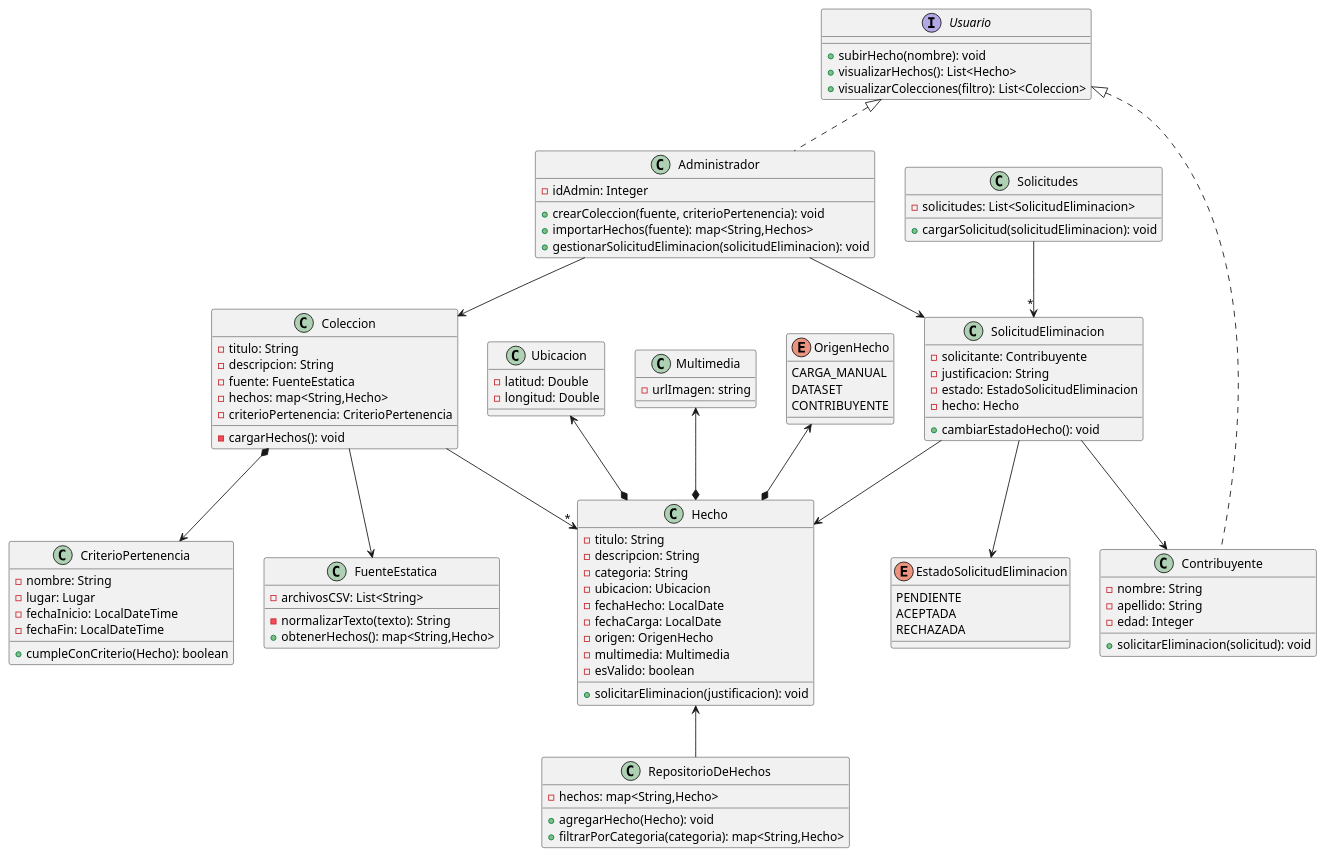
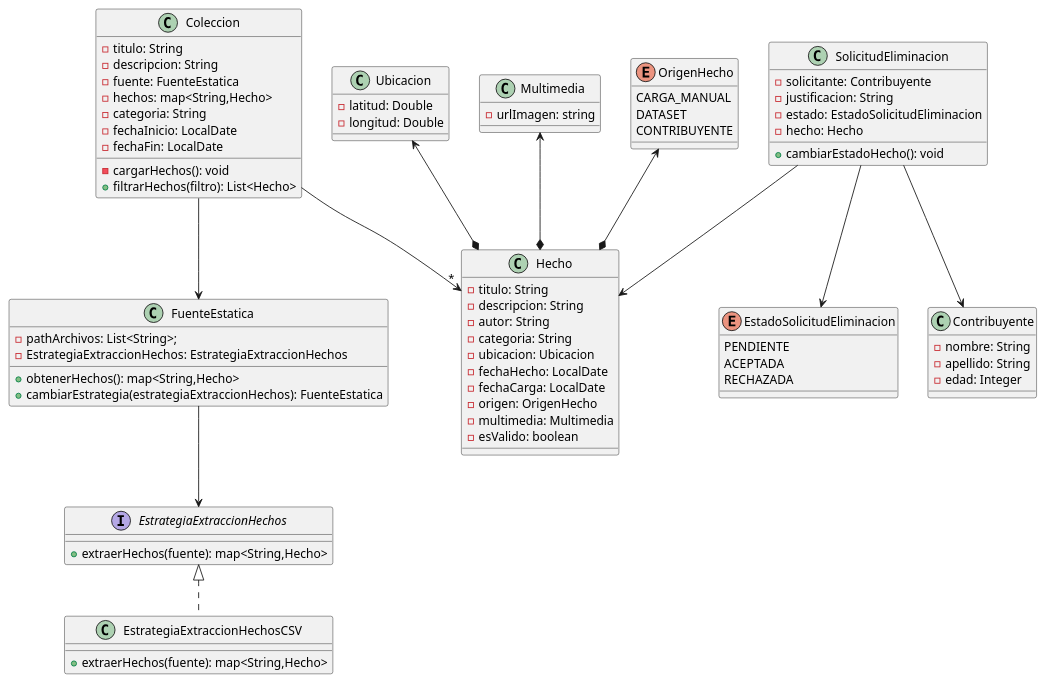
The diagram in src/main/DiagramaDeClases.puml (OslothLAS/ProyectoDeploy), drawn with PlantUML before and after one commit.

```diff
--- a/src/main/DiagramaDeClases.puml
+++ b/src/main/DiagramaDeClases.puml
@@ -1,119 +1,105 @@
 @startuml
 class Coleccion {
    - titulo: String
    - descripcion: String
    - fuente: FuenteEstatica
    - hechos: map<String,Hecho>
-   - criterioPertenencia: CriterioPertenencia
+   - categoria: String
+   - fechaInicio: LocalDate
+    - fechaFin: LocalDate
    - cargarHechos(): void
+   + filtrarHechos(filtro): List<Hecho>
  }
 
- class CriterioPertenencia {
-   - nombre: String
-   - lugar: Lugar
-   - fechaInicio: LocalDateTime
-   - fechaFin: LocalDateTime
-   + cumpleConCriterio(Hecho): boolean
- }
+
 
 
 
  class Ubicacion {
    -latitud: Double
    -longitud: Double
  }
 
   class SolicitudEliminacion{
     -solicitante: Contribuyente
     - justificacion: String
     - estado: EstadoSolicitudEliminacion
     - hecho: Hecho
     + cambiarEstadoHecho(): void
   }
 
-  class Solicitudes{
-  - solicitudes: List<SolicitudEliminacion>
-    + cargarSolicitud(solicitudEliminacion): void
-  }
+
 
    enum EstadoSolicitudEliminacion {
        PENDIENTE
        ACEPTADA
        RECHAZADA
      }
 
  class Hecho {
    - titulo: String
    - descripcion: String
+   - autor: String
    - categoria: String
    -ubicacion: Ubicacion
    - fechaHecho: LocalDate
    - fechaCarga: LocalDate
    - origen: OrigenHecho
    - multimedia: Multimedia
    - esValido: boolean
 
-   + solicitarEliminacion(justificacion): void
+ 
     }
 
   class Multimedia{
     -urlImagen: string
   }
 
-  interface Usuario{
-     + subirHecho(nombre): void
-     + visualizarHechos(): List<Hecho>
-     + visualizarColecciones(filtro): List<Coleccion>
-  }
+
 
   enum OrigenHecho {
     CARGA_MANUAL
     DATASET
     CONTRIBUYENTE
   }
 
 
   class FuenteEstatica{
-    - archivosCSV: List<String>
-    - normalizarTexto(texto): String
+    - pathArchivos: List<String>;
+    - EstrategiaExtraccionHechos: EstrategiaExtraccionHechos
     + obtenerHechos(): map<String,Hecho>
+    +cambiarEstrategia(estrategiaExtraccionHechos): FuenteEstatica
   }
+
+  interface EstrategiaExtraccionHechos{
+    + extraerHechos(fuente): map<String,Hecho>
+  }
+
+    class EstrategiaExtraccionHechosCSV implements EstrategiaExtraccionHechos{
+        + extraerHechos(fuente): map<String,Hecho>
+    }
 
 
 
-class Contribuyente implements Usuario{
+class Contribuyente{
     - nombre: String
     - apellido: String
     - edad: Integer
-   + solicitarEliminacion(solicitud): void
 }
 
 
-  class Administrador implements Usuario{
-    - idAdmin: Integer
-    + crearColeccion(fuente, criterioPertenencia): void
-    + importarHechos(fuente): map<String,Hechos>
-    + gestionarSolicitudEliminacion(solicitudEliminacion): void
-  }
 
-  class RepositorioDeHechos{
-    - hechos: map<String,Hecho>
-    + agregarHecho(Hecho): void
-    + filtrarPorCategoria(categoria): map<String,Hecho>
-  }
+
+
 
   Coleccion --> FuenteEstatica
   Coleccion -->"*" Hecho
   OrigenHecho <--* Hecho
   Ubicacion <--* Hecho
-  Administrador --> Coleccion
-  Administrador --> SolicitudEliminacion
   SolicitudEliminacion --> Hecho
   SolicitudEliminacion --> Contribuyente
-  Solicitudes -->"*" SolicitudEliminacion
+    FuenteEstatica --> EstrategiaExtraccionHechos
   SolicitudEliminacion --> EstadoSolicitudEliminacion
-  Coleccion *--> CriterioPertenencia
+
   Multimedia <--* Hecho
-  Hecho <-- RepositorioDeHechos
-
 @enduml
```
